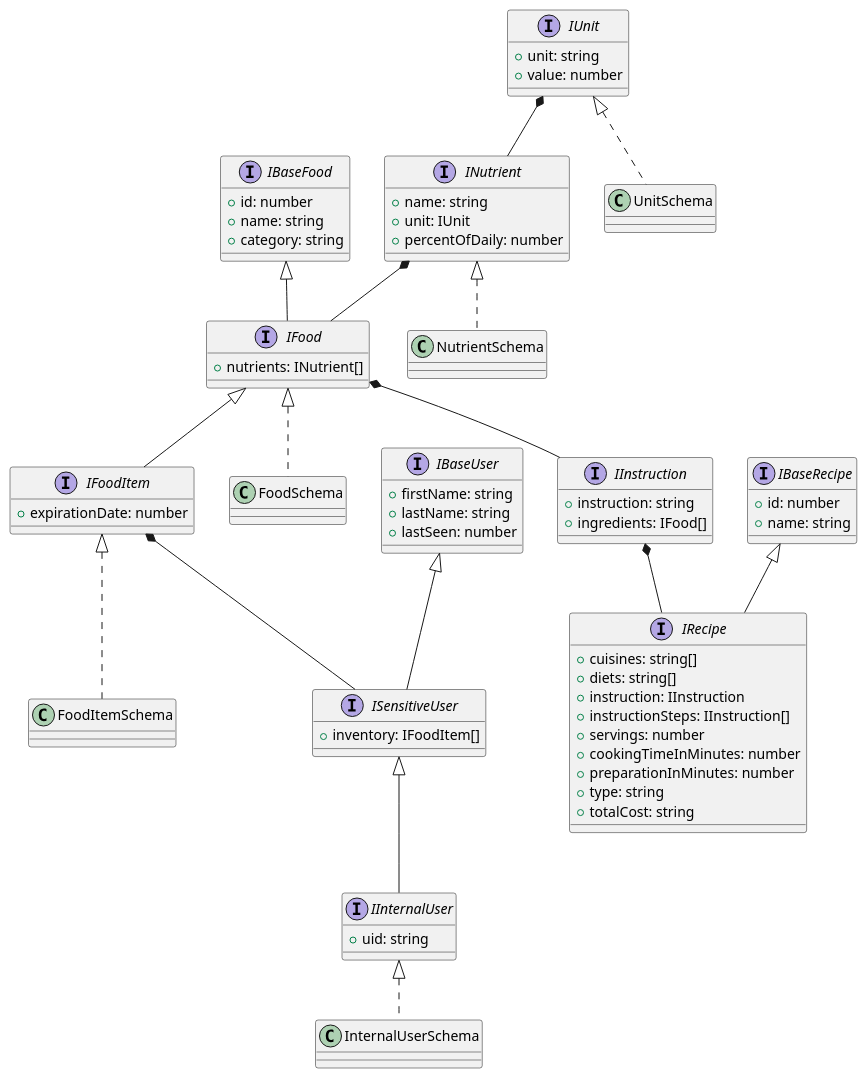
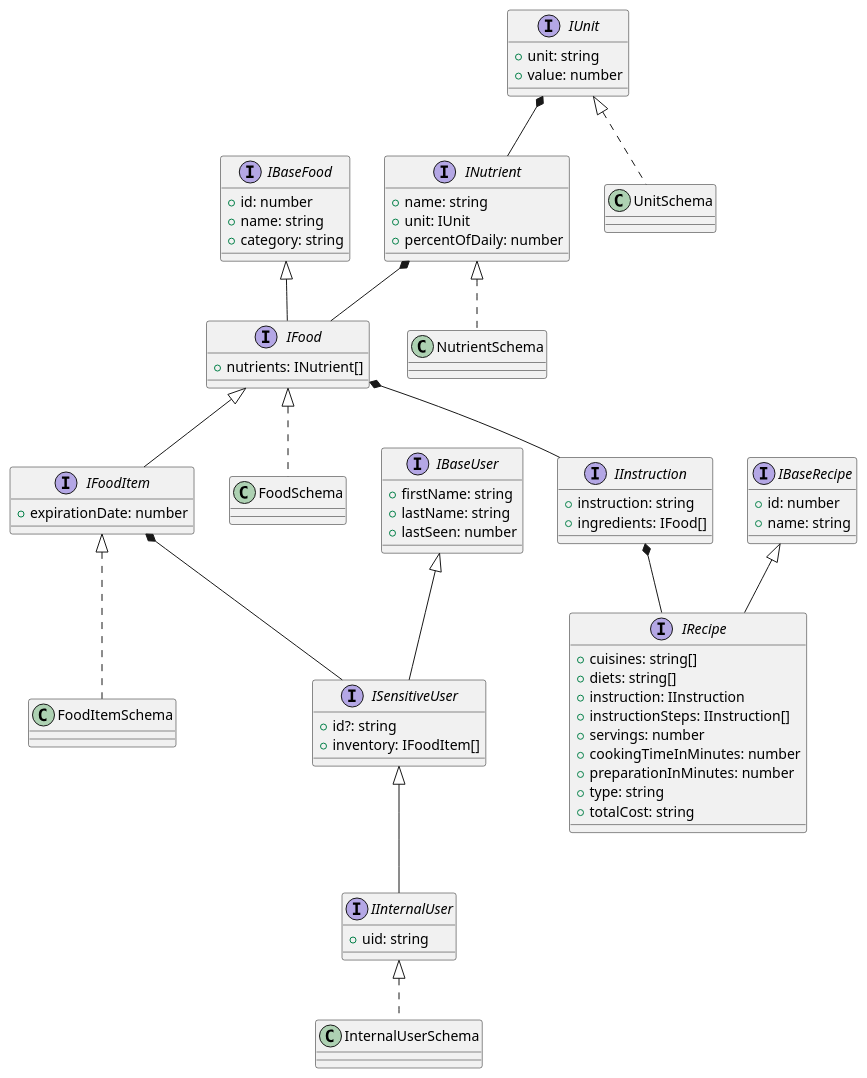
One commit to COP4331-LargeGroupProject-Fall22/backend changed the diagram in DataModels.puml. Above: the diagram before and after it, drawn with PlantUML.

Commit message:
Upd: DataModels diagram

```diff
--- a/DataModels.puml
+++ b/DataModels.puml
@@ -1,79 +1,80 @@
 @startuml DataModels
 interface IBaseFood {
     + id: number
     + name: string
     + category: string
 }
 
 interface IFood extends IBaseFood {
     + nutrients: INutrient[]
 }
 
 interface INutrient {
     + name: string
     + unit: IUnit
     + percentOfDaily: number
 }
 
 interface IUnit {
     + unit: string
     + value: number
 }
 
 interface IFoodItem extends IFood {
     + expirationDate: number
 }
 
 class FoodSchema implements IFood {}
 
 class FoodItemSchema implements IFoodItem {}
 
 class UnitSchema implements IUnit {}
 
 class NutrientSchema implements INutrient {}
 
 interface IBaseUser {
     + firstName: string
     + lastName: string
     + lastSeen: number
 }
 
 interface ISensitiveUser extends IBaseUser {
+    + id?: string
     + inventory: IFoodItem[]
 }
 
 interface IInternalUser extends ISensitiveUser {
     + uid: string
 }
 
 class InternalUserSchema implements IInternalUser {}
 
 interface IBaseRecipe {
     + id: number
     + name: string
 }
 
 interface IRecipe extends IBaseRecipe {
     + cuisines: string[]
     + diets: string[] 
     + instruction: IInstruction
     + instructionSteps: IInstruction[]
     + servings: number
     + cookingTimeInMinutes: number
     + preparationInMinutes: number
     + type: string
     + totalCost: string
 }
 
 interface IInstruction {
     + instruction: string
     + ingredients: IFood[]
 }
 
 IFood *-- IInstruction
 IInstruction *-- IRecipe
 IFoodItem *-- ISensitiveUser
 INutrient *-- IFood
 IUnit *-- INutrient
 
 @enduml
```
